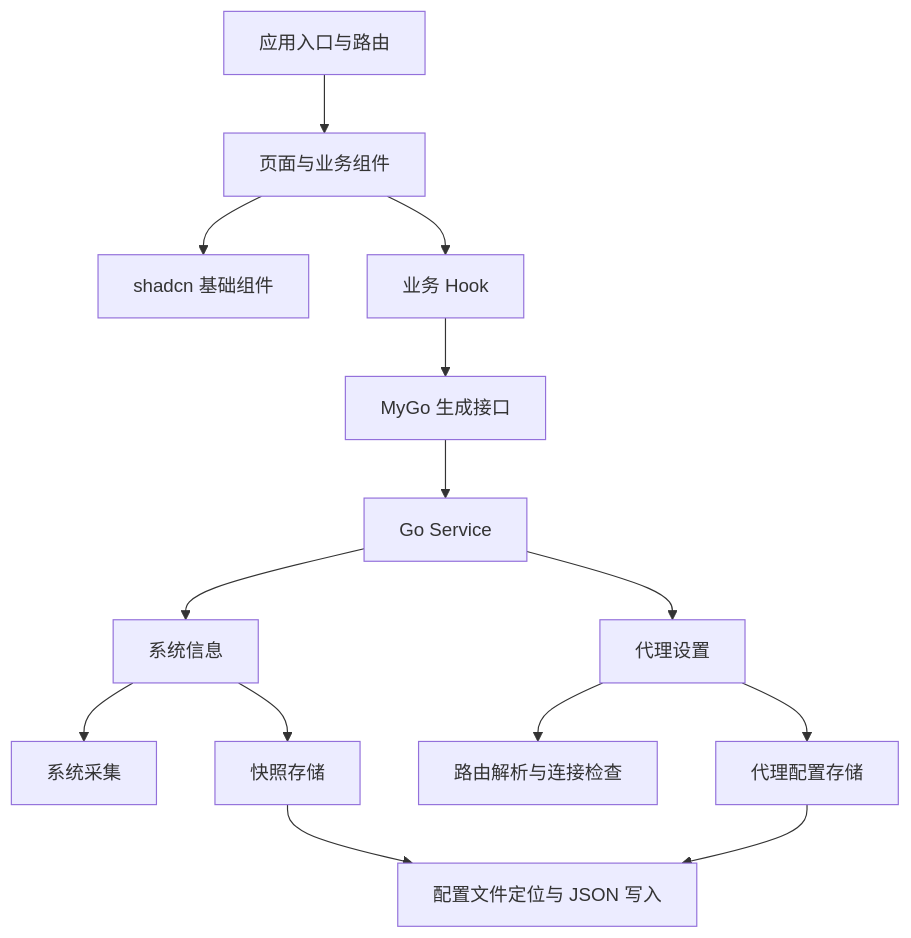
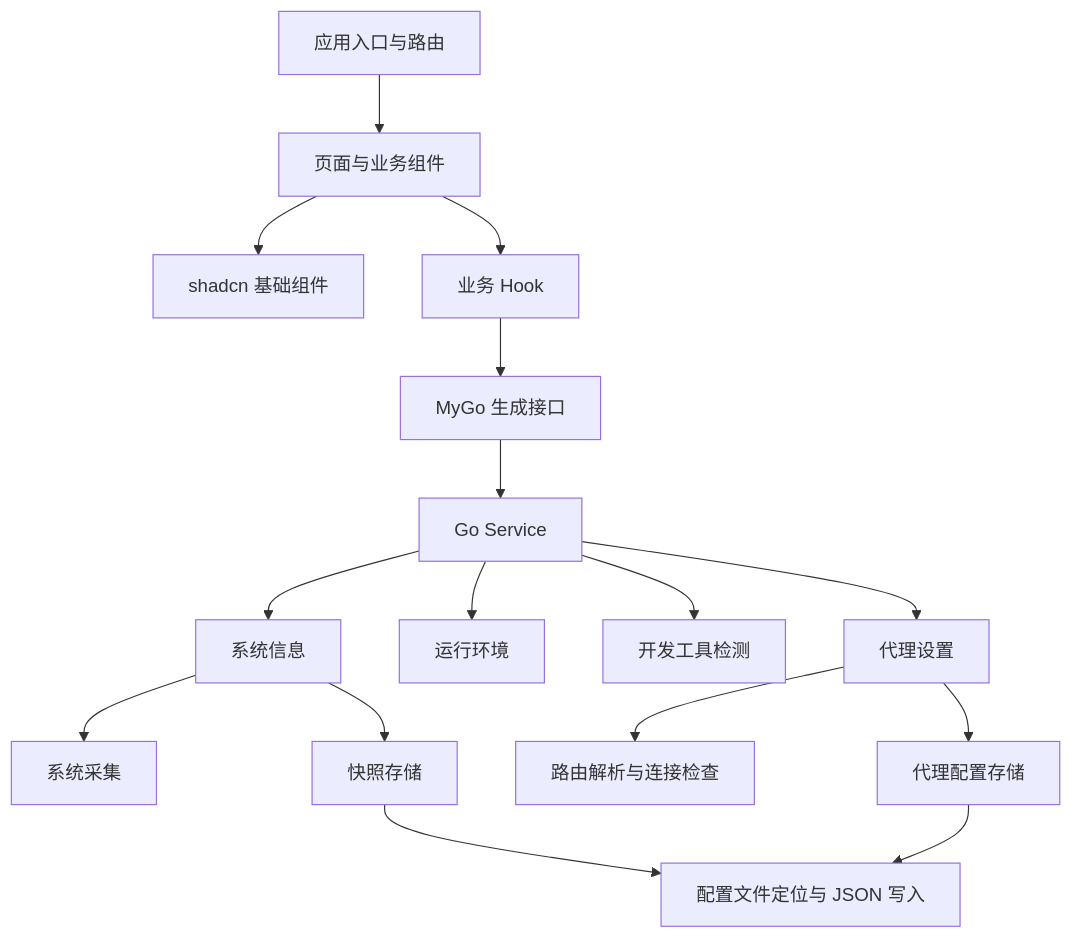
The diagram in ARCHITECTURE.md (msola-ht/devbox), drawn with Mermaid before and after one commit. The commit also changed other lines of this file and 34 other files, not shown here.

````diff
--- a/ARCHITECTURE.md
+++ b/ARCHITECTURE.md
@@ -29,16 +33,18 @@
 ```mermaid
 flowchart TD
     Entry[应用入口与路由] --> View[页面与业务组件]
     View --> UI[shadcn 基础组件]
     View --> Hook[业务 Hook]
     Hook --> Client[MyGo 生成接口]
     Client --> Service[Go Service]
     Service --> System[系统信息]
+    Service --> Environment[运行环境]
+    Service --> DevTools[开发工具检测]
     Service --> Proxy[代理设置]
     System --> Collector[系统采集]
     System --> Snapshot[快照存储]
     Proxy --> Network[路由解析与连接检查]
     Proxy --> Settings[代理配置存储]
     Snapshot --> ConfigFile[配置文件定位与 JSON 写入]
     Settings --> ConfigFile
 ```
````
